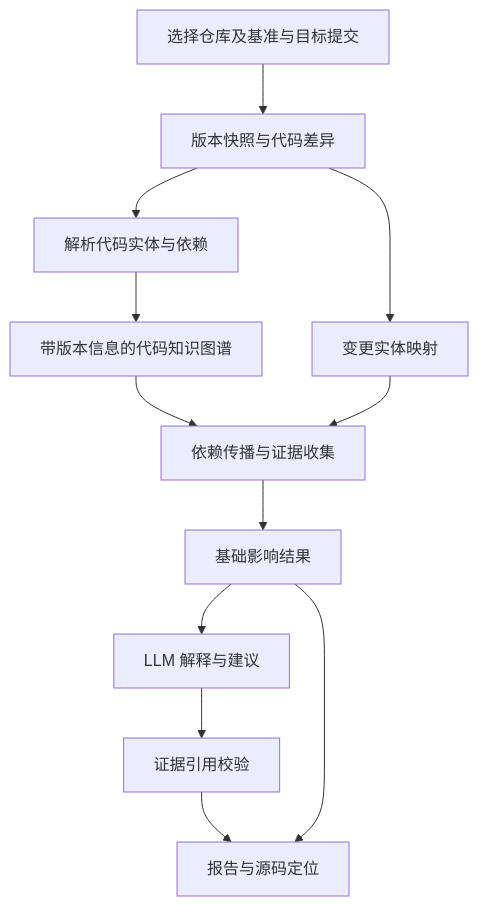
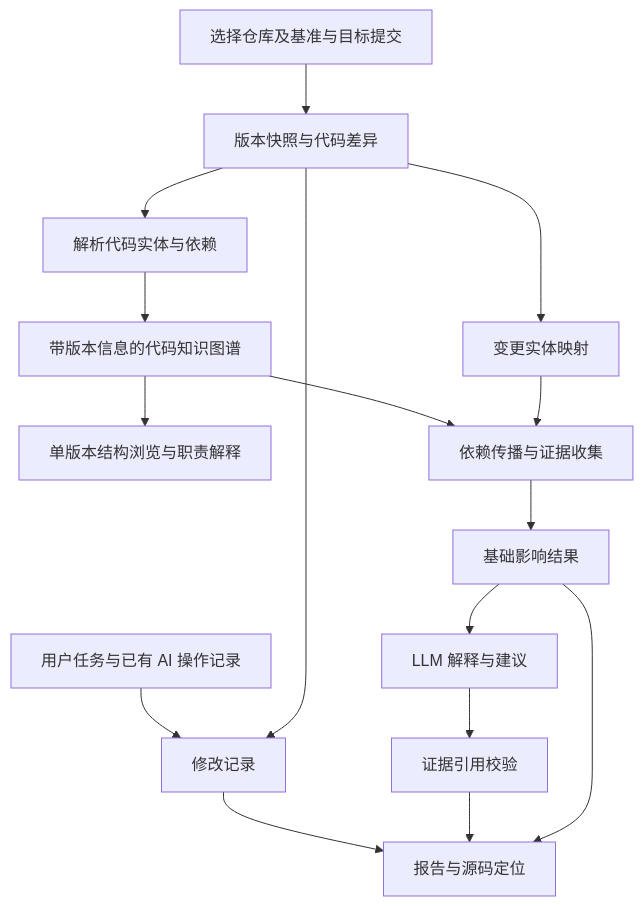
One commit to Flysky701/Impact-Trace-LLM changed the diagram in docs/architecture.md. Above: the diagram before and after it, drawn with Mermaid. The commit also changed other lines of this file and 5 other files, not shown here.

````diff
--- a/docs/architecture.md
+++ b/docs/architecture.md
@@ -7,14 +9,18 @@
 ```mermaid
 flowchart TD
     A[选择仓库及基准与目标提交] --> B[版本快照与代码差异]
     B --> C[解析代码实体与依赖]
     C --> D[带版本信息的代码知识图谱]
+    D --> K[单版本结构浏览与职责解释]
+    L[用户任务与已有 AI 操作记录] --> M[修改记录]
+    B --> M
+    M --> J
     B --> E[变更实体映射]
     D --> F[依赖传播与证据收集]
     E --> F
     F --> G[基础影响结果]
     G --> H[LLM 解释与建议]
     H --> I[证据引用校验]
     I --> J[报告与源码定位]
     G --> J
 ```
````
